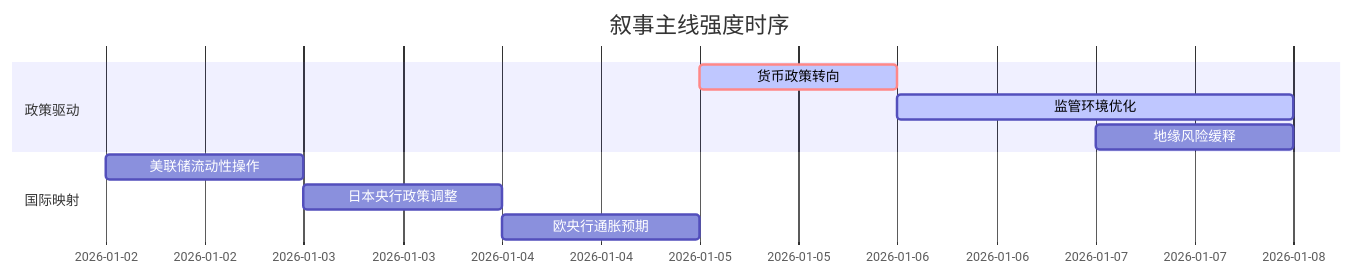
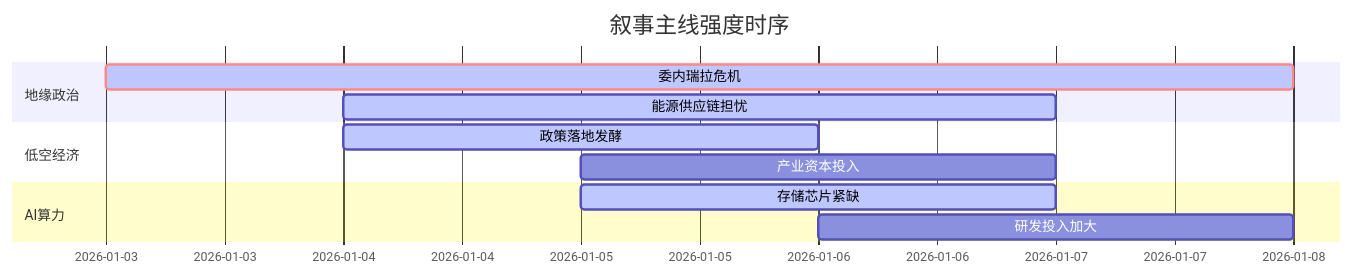
One commit to uu5zn/uu5zn.github.io changed the diagram in 5day_report.md. Above: the diagram before and after it, drawn with Mermaid. The commit also changed other lines of this file and 20 other files, not shown here.

````diff
--- a/5day_report.md
+++ b/5day_report.md
@@ -51,14 +53,16 @@
 ```mermaid
 gantt
     title 叙事主线强度时序
     dateFormat  YYYY-MM-DD
-    section 政策驱动
-    货币政策转向   :crit, active, 2026-01-05, 1d
-    监管环境优化   :active, 2026-01-06, 2d
-    地缘风险缓释   :2026-01-07, 1d
+    section 地缘政治
+    委内瑞拉危机   :crit, active, 2026-01-03, 5d
+    能源供应链担忧 :active, 2026-01-04, 3d
     
-    section 国际映射
-    美联储流动性操作   :2026-01-02, 1d
-    日本央行政策调整   :2026-01-03, 1d
-    欧央行通胀预期   :2026-01-04, 1d
+    section 低空经济
+    政策落地发酵   :active, 2026-01-04, 2d
+    产业资本投入   :2026-01-05, 2d
+    
+    section AI算力
+    存储芯片紧缺   :active, 2026-01-05, 2d
+    研发投入加大   :2026-01-06, 2d
 ```
````
